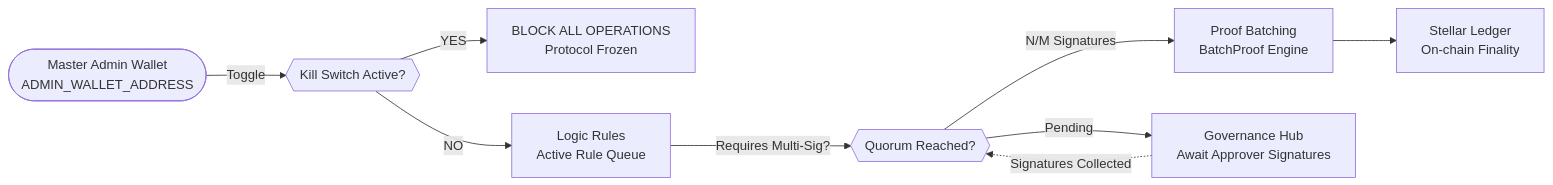
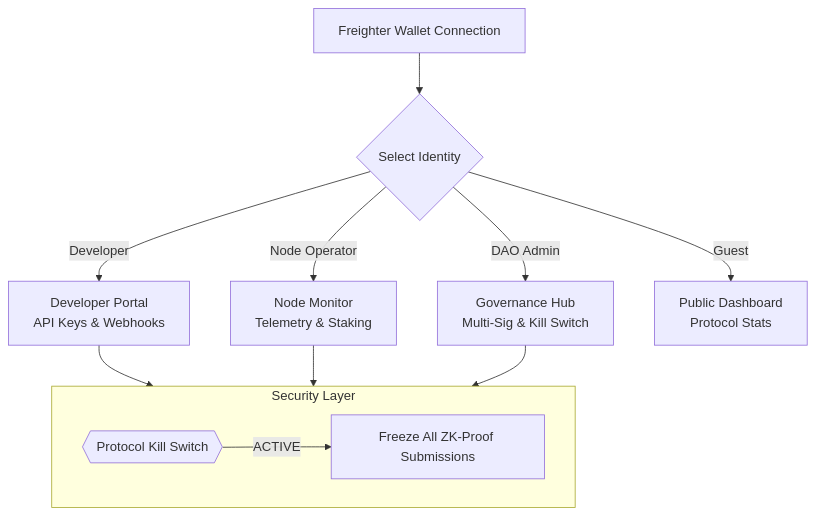
One commit to Pritam9078/ZYPHERION changed the third of 5 diagrams in ARCHITECTURE.md. Above: the diagram before and after it, drawn with Mermaid. The commit also changed other lines of this file, not shown here.

````diff
--- a/ARCHITECTURE.md
+++ b/ARCHITECTURE.md
@@ -103,20 +95,18 @@
 ```mermaid
-flowchart LR
-    Admin(["Master Admin Wallet\nADMIN_WALLET_ADDRESS"])
+flowchart TD
+    Wallet["Freighter Wallet Connection"] --> Identity{"Select Identity"}
+    
+    Identity -- "Developer" --> DevDash["Developer Portal\nAPI Keys & Webhooks"]
+    Identity -- "Node Operator" --> NodeMon["Node Monitor\nTelemetry & Staking"]
+    Identity -- "DAO Admin" --> GovHub["Governance Hub\nMulti-Sig & Kill Switch"]
+    Identity -- "Guest" --> PubDash["Public Dashboard\nProtocol Stats"]
 
-    Admin -- Toggle --> KS{{"Kill Switch Active?"}}
-
-    KS -- YES --> STOP["BLOCK ALL OPERATIONS\nProtocol Frozen"]
-
-    KS -- NO --> Rules["Logic Rules\nActive Rule Queue"]
-
-    Rules -- "Requires Multi-Sig?" --> Quorum{{"Quorum Reached?"}}
-
-    Quorum -- "N/M Signatures" --> Batch["Proof Batching\nBatchProof Engine"]
-
-    Quorum -- "Pending" --> Wait["Governance Hub\nAwait Approver Signatures"]
-
-    Wait -. "Signatures Collected" .-> Quorum
-
-    Batch --> Finality["Stellar Ledger\nOn-chain Finality"]
+    subgraph SEC["Security Layer"]
+        KS{{"Protocol Kill Switch"}}
+        KS -- ACTIVE --> LOCK["Freeze All ZK-Proof Submissions"]
+    end
+    
+    DevDash --> SEC
+    NodeMon --> SEC
+    GovHub --> SEC
 ```
````
